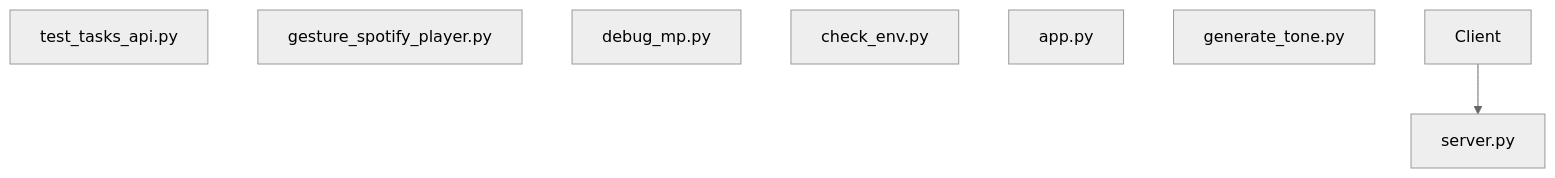
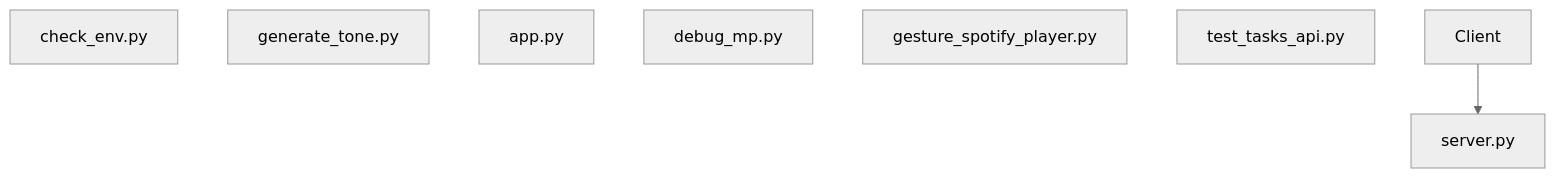
The diagram in diagrams/architecture.mermaid (NITISH-R-G/PalmPlay), drawn with Mermaid (neutral theme) before and after one commit. The commit also changed other lines of this file and 3 other files, not shown here.

Commit message:
docs(auto): Update repository architecture and README [skip ci]

```diff
--- a/diagrams/architecture.mermaid
+++ b/diagrams/architecture.mermaid
@@ -1,9 +1,9 @@
 graph TD;
+    check_env["check_env.py"];
+    generate_tone["generate_tone.py"];
+    app["app.py"];
+    server["server.py"];
+    debug_mp["debug_mp.py"];
+    gesture_spotify_player["gesture_spotify_player.py"];
     test_tasks_api["test_tasks_api.py"];
-    gesture_spotify_player["gesture_spotify_player.py"];
-    debug_mp["debug_mp.py"];
-    check_env["check_env.py"];
-    server["server.py"];
-    app["app.py"];
-    generate_tone["generate_tone.py"];
     Client --> server;
```
